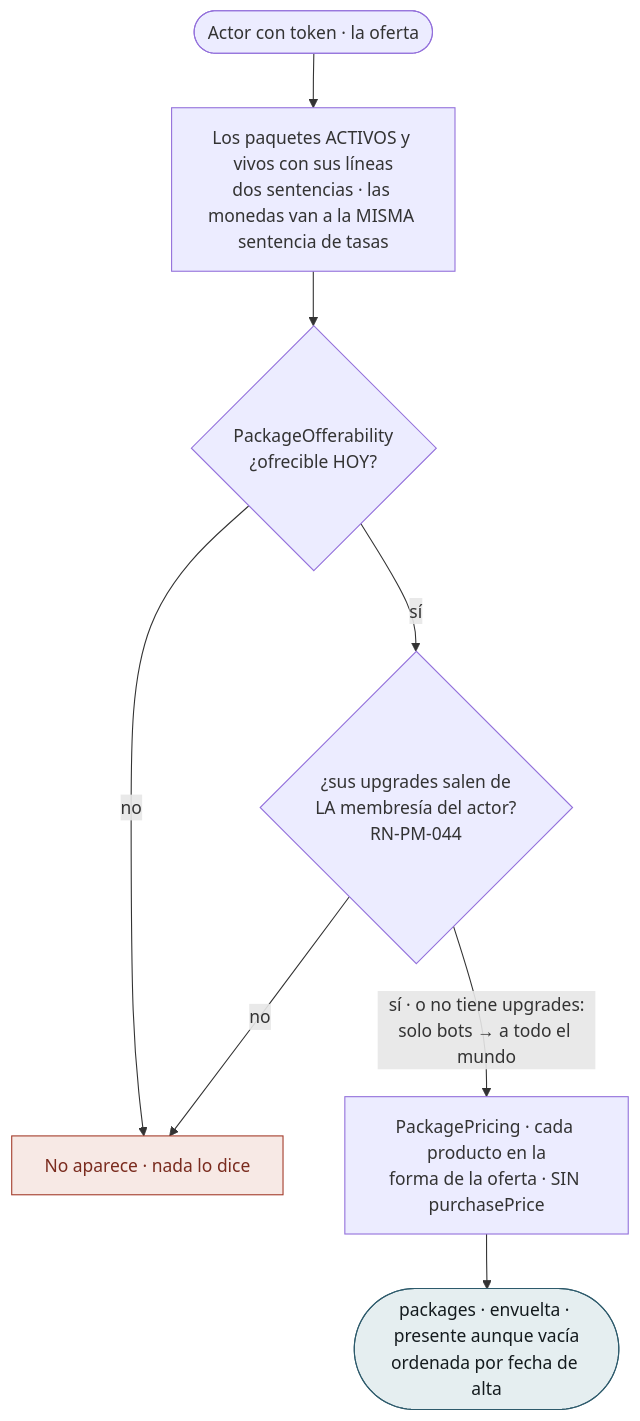
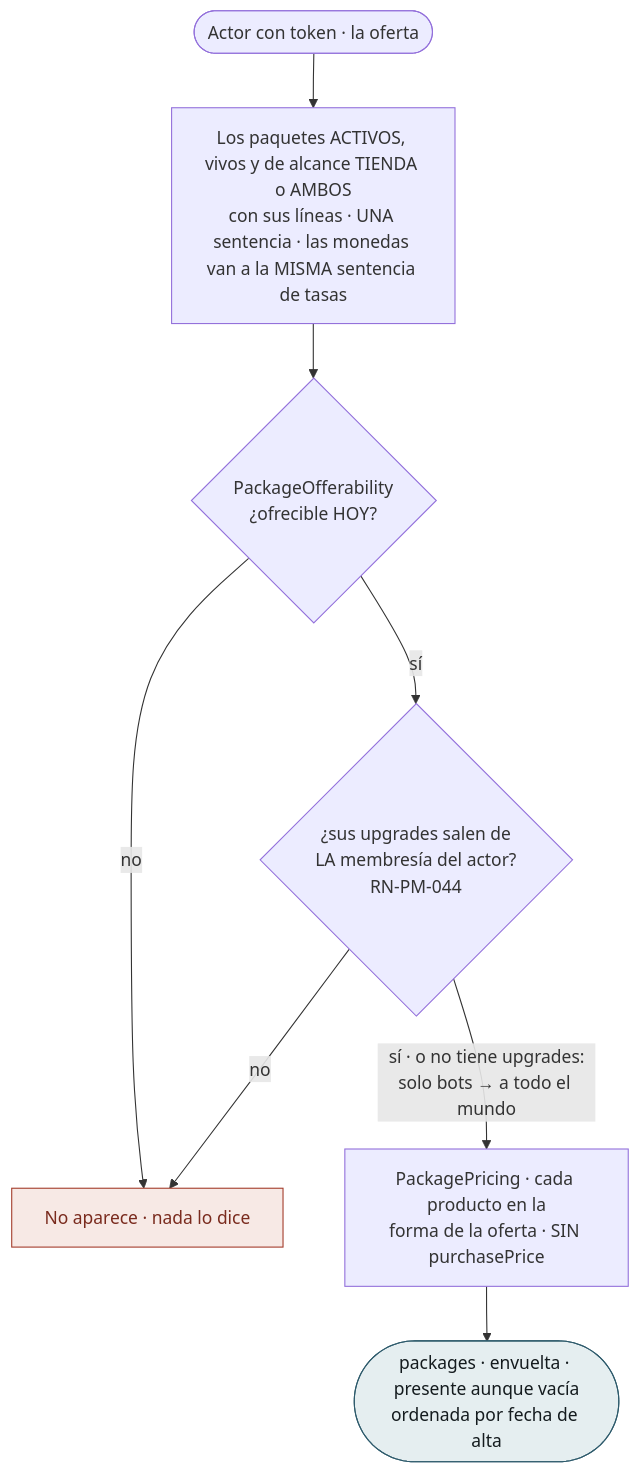
One commit to NexusPro-Dev/backend changed diagram 18 of 18 in docs/flujos/pm/flujos-por-caso.md. Above: the diagram before and after it, drawn with Mermaid. The commit also changed other lines of this file and 31 other files, not shown here.

First line of the commit message:
docs(pm): los paquetes pasan a EN DESARROLLO — diez tasks en Hecha, las enmiendas menores que salieron al construir, y pm.md, requirements.md, security.md, modelo-datos.md, api/index.md y los flujos al dia

````diff
--- a/docs/flujos/pm/flujos-por-caso.md
+++ b/docs/flujos/pm/flujos-por-caso.md
@@ -602,16 +602,16 @@
 ```mermaid
 flowchart TD
     A(["Actor con token · la oferta"])
-    A --> Q["Los paquetes ACTIVOS y vivos con sus líneas<br/>dos sentencias · las monedas van a la MISMA sentencia de tasas"]
+    A --> Q["Los paquetes ACTIVOS, vivos y de alcance TIENDA o AMBOS<br/>con sus líneas · UNA sentencia · las monedas van a la MISMA sentencia de tasas"]
     Q --> O{"PackageOfferability<br/>¿ofrecible HOY?"}
     O -->|no| OUT["No aparece · nada lo dice"]
     O -->|"sí"| M{"¿sus upgrades salen de<br/>LA membresía del actor?<br/>RN-PM-044"}
     M -->|"no"| OUT
     M -->|"sí · o no tiene upgrades:<br/>solo bots → a todo el mundo"| C["PackagePricing · cada producto en la<br/>forma de la oferta · SIN purchasePrice"]
     C --> FIN(["packages · envuelta · presente aunque vacía<br/>ordenada por fecha de alta"])
 
     classDef mal fill:#F7E9E5,stroke:#A33B2A,color:#7A2B1E
     classDef ok fill:#E5EEF0,stroke:#2D5A6B,color:#141B1E
     class OUT mal
     class FIN ok
 ```
````
